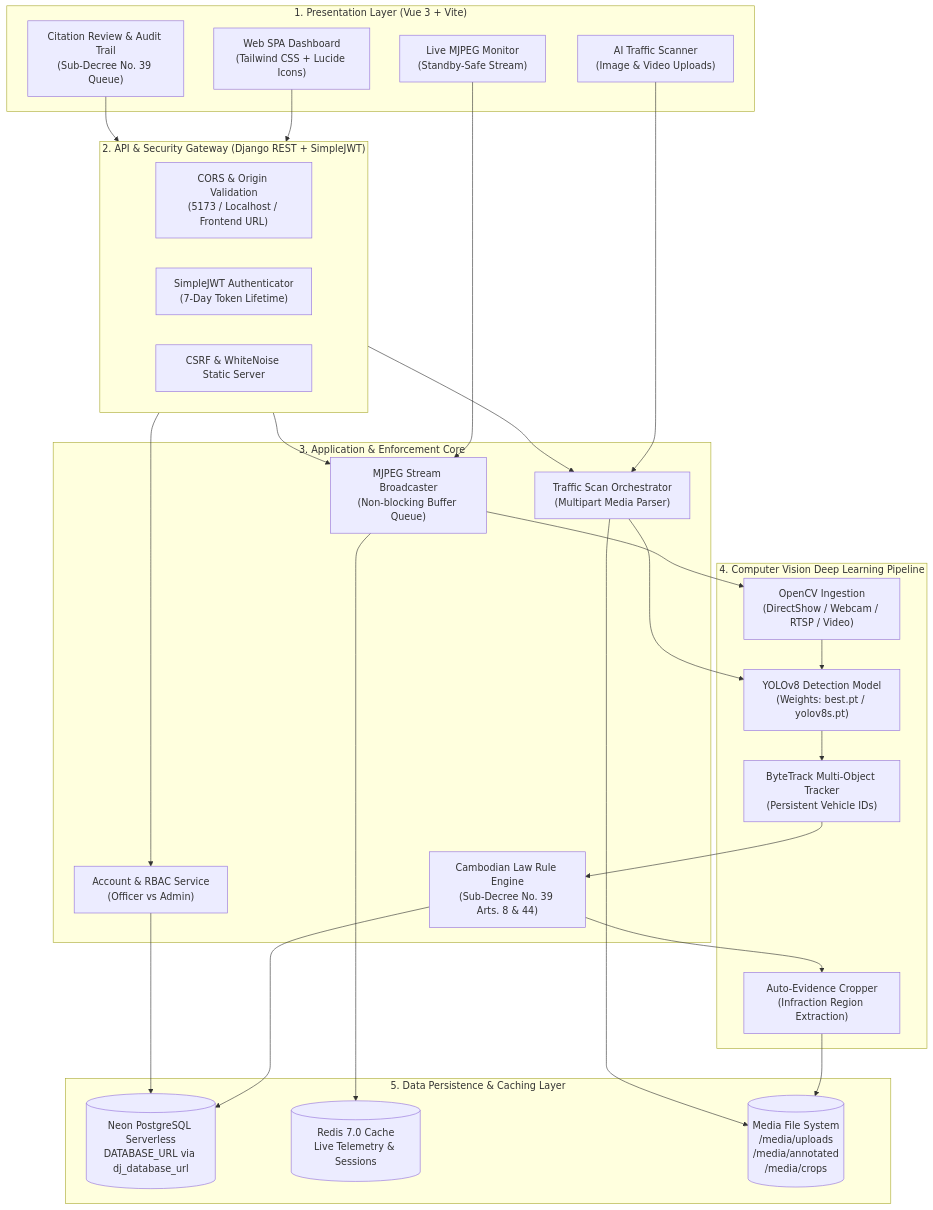
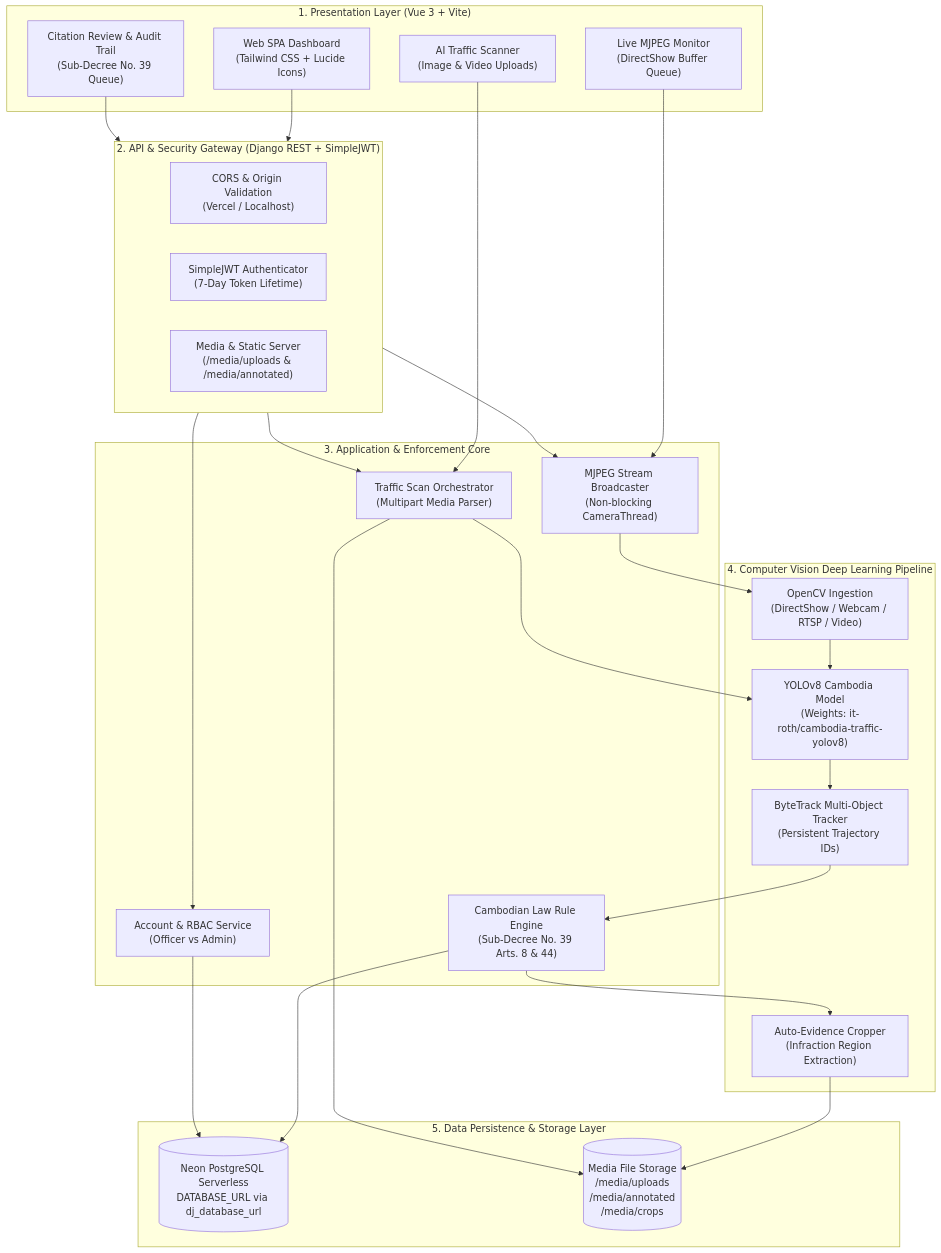
One commit to it-roth/biu-traffic-ai changed the diagram in README.md. Above: the diagram before and after it, drawn with Mermaid. The commit also changed other lines of this file, not shown here.

Commit message:
docs: enrich README with Hugging Face model badge, live links, and full team roster

````diff
--- a/README.md
+++ b/README.md
@@ -27,57 +26,55 @@
 ```mermaid
 flowchart TD
     subgraph ClientLayer ["1. Presentation Layer (Vue 3 + Vite)"]
         UI["Web SPA Dashboard\n(Tailwind CSS + Lucide Icons)"]
-        CamView["Live MJPEG Monitor\n(Standby-Safe Stream)"]
+        CamView["Live MJPEG Monitor\n(DirectShow Buffer Queue)"]
         ScanView["AI Traffic Scanner\n(Image & Video Uploads)"]
         AuditView["Citation Review & Audit Trail\n(Sub-Decree No. 39 Queue)"]
     end
 
     subgraph GatewayAuth ["2. API & Security Gateway (Django REST + SimpleJWT)"]
-        CORS["CORS & Origin Validation\n(5173 / Localhost / Frontend URL)"]
+        CORS["CORS & Origin Validation\n(Vercel / Localhost)"]
         JWT["SimpleJWT Authenticator\n(7-Day Token Lifetime)"]
-        CSRF["CSRF & WhiteNoise Static Server"]
+        StaticMedia["Media & Static Server\n(/media/uploads & /media/annotated)"]
     end
 
     subgraph CoreServices ["3. Application & Enforcement Core"]
         AuthSvc["Account & RBAC Service\n(Officer vs Admin)"]
         ScanSvc["Traffic Scan Orchestrator\n(Multipart Media Parser)"]
-        StreamSvc["MJPEG Stream Broadcaster\n(Non-blocking Buffer Queue)"]
+        StreamSvc["MJPEG Stream Broadcaster\n(Non-blocking CameraThread)"]
         LawEngine["Cambodian Law Rule Engine\n(Sub-Decree No. 39 Arts. 8 & 44)"]
     end
 
     subgraph AIEngine ["4. Computer Vision Deep Learning Pipeline"]
         CVSource["OpenCV Ingestion\n(DirectShow / Webcam / RTSP / Video)"]
-        YOLO["YOLOv8 Detection Model\n(Weights: best.pt / yolov8s.pt)"]
-        Tracker["ByteTrack Multi-Object Tracker\n(Persistent Vehicle IDs)"]
+        YOLO["YOLOv8 Cambodia Model\n(Weights: it-roth/cambodia-traffic-yolov8)"]
+        Tracker["ByteTrack Multi-Object Tracker\n(Persistent Trajectory IDs)"]
         Cropper["Auto-Evidence Cropper\n(Infraction Region Extraction)"]
     end
 
-    subgraph DataPersistence ["5. Data Persistence & Caching Layer"]
+    subgraph DataPersistence ["5. Data Persistence & Storage Layer"]
         DB[(Neon PostgreSQL Serverless\nDATABASE_URL via dj_database_url)]
-        RedisCache[(Redis 7.0 Cache\nLive Telemetry & Sessions)]
-        MediaStore[("Media File System\n/media/uploads\n/media/annotated\n/media/crops")]
+        MediaStore[("Media File Storage\n/media/uploads\n/media/annotated\n/media/crops")]
     end
 
     UI --> GatewayAuth
     CamView --> StreamSvc
     ScanView --> ScanSvc
     AuditView --> GatewayAuth
 
     GatewayAuth --> AuthSvc
     GatewayAuth --> ScanSvc
     GatewayAuth --> StreamSvc
 
     ScanSvc --> YOLO
     StreamSvc --> CVSource
     CVSource --> YOLO
     YOLO --> Tracker
     Tracker --> LawEngine
     LawEngine --> Cropper
 
     Cropper --> MediaStore
     LawEngine --> DB
     AuthSvc --> DB
-    StreamSvc --> RedisCache
     ScanSvc --> MediaStore
 ```
````
